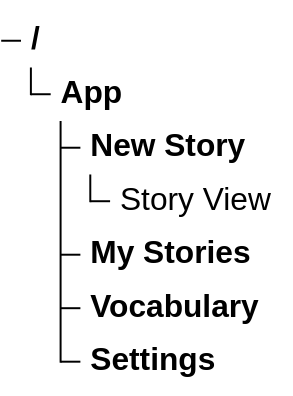
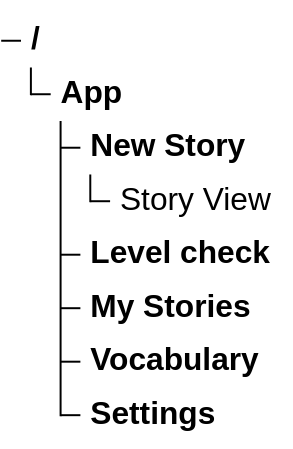
Before and after one commit to pomodorozhong/extensive-reading-assistant: the diagram in doc/mvp-spec-v0.2.md, drawn with Mermaid. The commit also changed other lines of this file and 3 other files, not shown here.

````diff
--- a/doc/mvp-spec-v0.2.md
+++ b/doc/mvp-spec-v0.2.md
@@ -38,9 +39,10 @@
 ```mermaid
 treeView-beta
 App/
     New Story/
         Story View
+    Level check/
     My Stories/
     Vocabulary/
     Settings/
 ```
````
